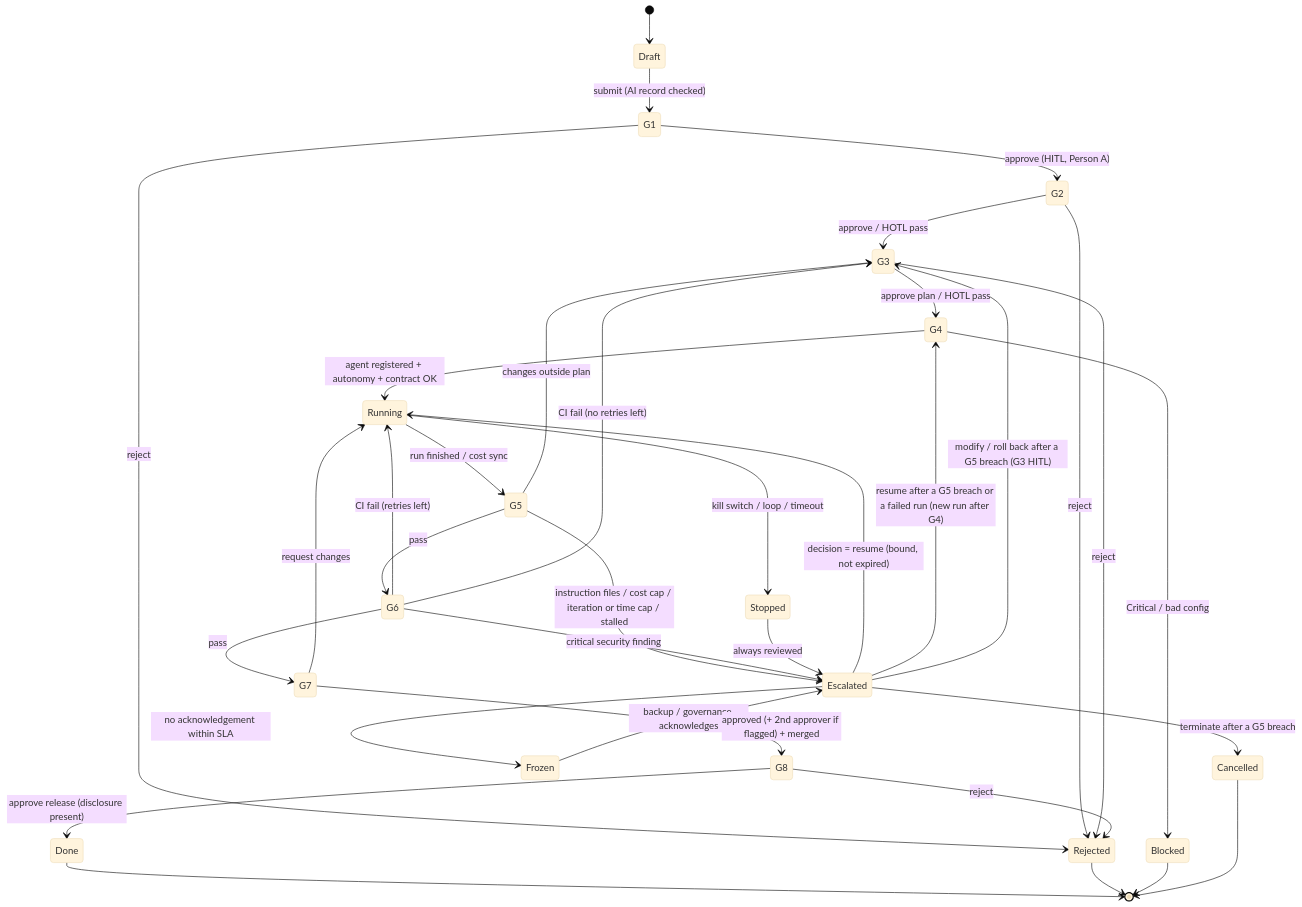
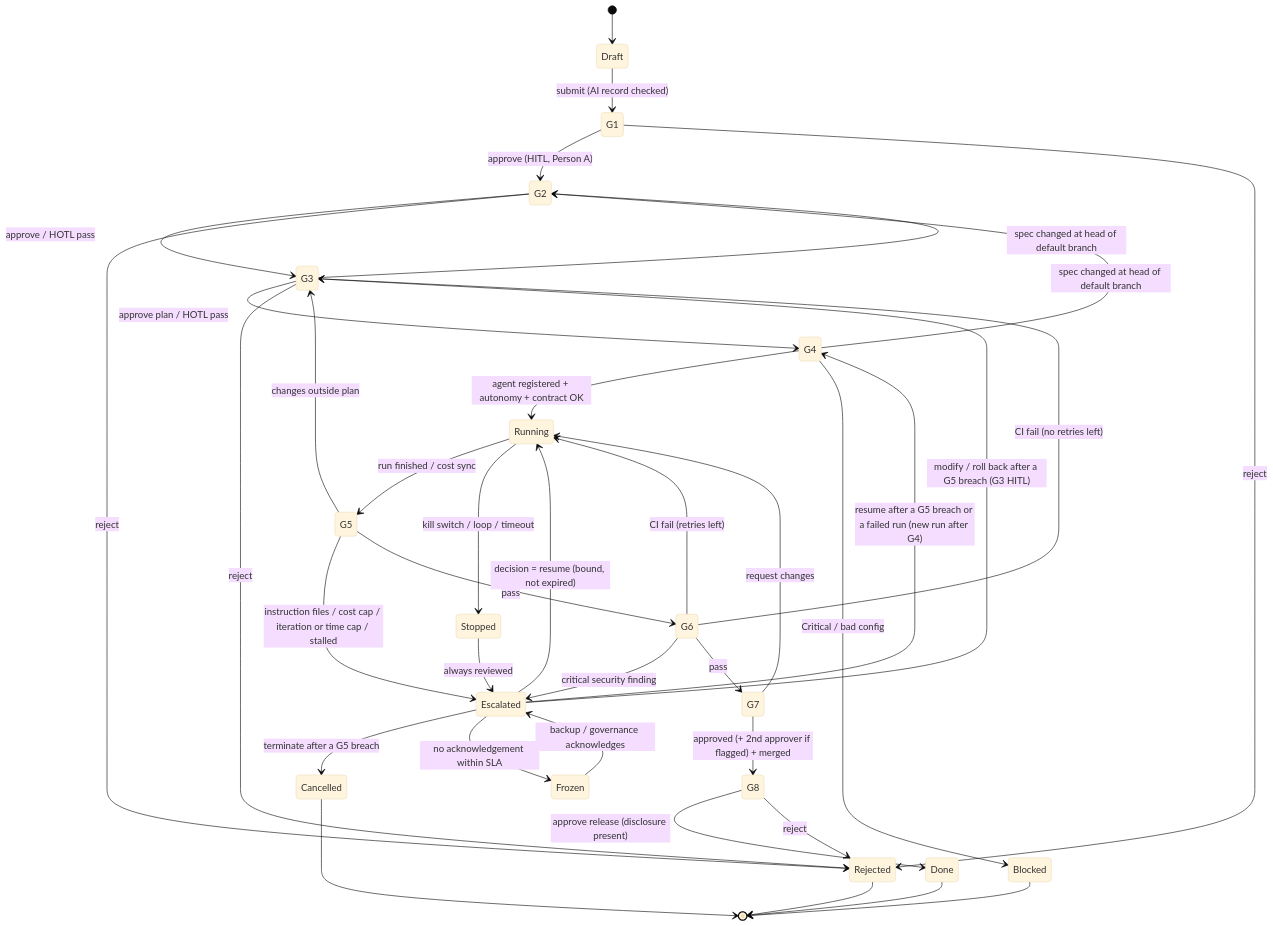
One commit to hoanghainh1188/agentic-sdlc-framework changed the diagram in diagrams/src/d12-gate-state-machine.mmd. Above: the diagram before and after it, drawn with Mermaid (base theme). The commit also changed 60 other files, not shown here.

```diff
--- a/diagrams/src/d12-gate-state-machine.mmd
+++ b/diagrams/src/d12-gate-state-machine.mmd
@@ -1,35 +1,37 @@
 stateDiagram-v2
     [*] --> Draft
     Draft --> G1: submit (AI record checked)
     G1 --> G2: approve (HITL, Person A)
     G2 --> G3: approve / HOTL pass
     G3 --> G4: approve plan / HOTL pass
+    G3 --> G2: spec changed at head of default branch
+    G4 --> G2: spec changed at head of default branch
     G4 --> Running: agent registered + autonomy + contract OK
     G4 --> Blocked: Critical / bad config
     Running --> G5: run finished / cost sync
     Running --> Stopped: kill switch / loop / timeout
     G5 --> G3: changes outside plan
     G5 --> Escalated: instruction files / cost cap / iteration or time cap / stalled
     Escalated --> Running: decision = resume (bound, not expired)
     Escalated --> G4: resume after a G5 breach or a failed run (new run after G4)
     Escalated --> G3: modify / roll back after a G5 breach (G3 HITL)
     Escalated --> Cancelled: terminate after a G5 breach
     Escalated --> Frozen: no acknowledgement within SLA
     Frozen --> Escalated: backup / governance acknowledges
     G5 --> G6: pass
     G6 --> Running: CI fail (retries left)
     G6 --> G3: CI fail (no retries left)
     G6 --> Escalated: critical security finding
     G6 --> G7: pass
     G7 --> Running: request changes
     G7 --> G8: approved (+ 2nd approver if flagged) + merged
     G8 --> Done: approve release (disclosure present)
     G1 --> Rejected: reject
     G2 --> Rejected: reject
     G3 --> Rejected: reject
     G8 --> Rejected: reject
     Stopped --> Escalated: always reviewed
     Done --> [*]
     Rejected --> [*]
     Blocked --> [*]
     Cancelled --> [*]
```
